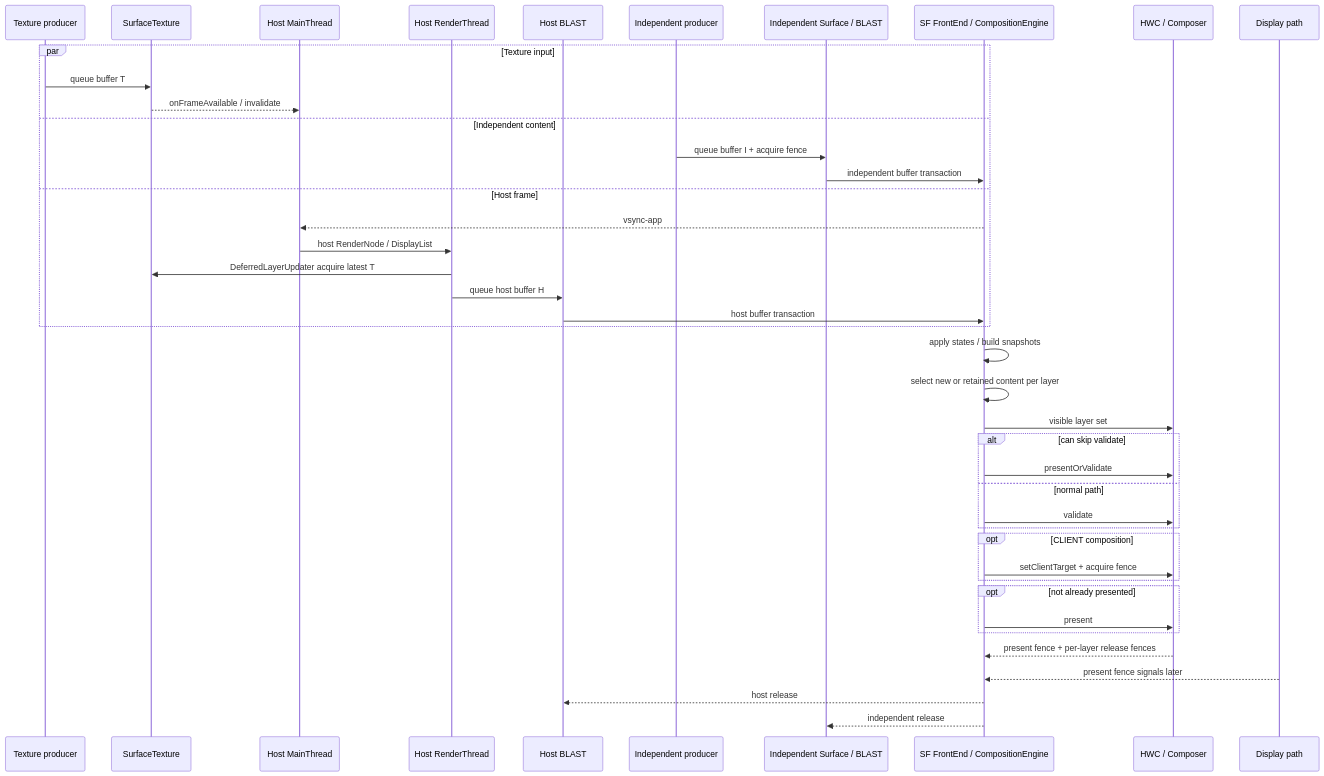
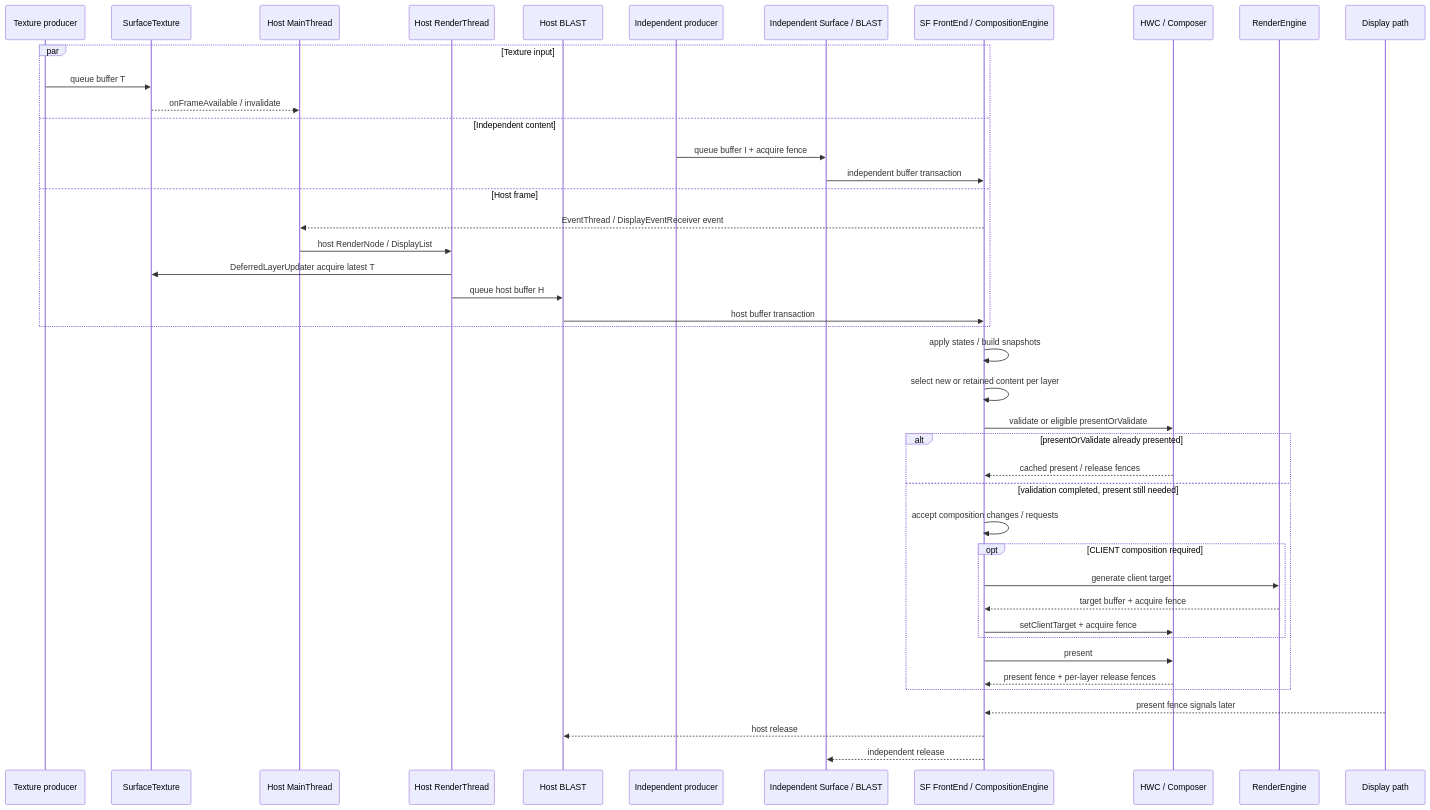
Before and after one commit to Gracker/android-internals-wiki: the fourth of 4 diagrams in src/part2-performance/ch13-rendering-pipelines/02-android-software-offscreen-mixed-rendering.md, drawn with Mermaid. The commit also changed other lines of this file and 196 other files, not shown here.

````diff
--- a/src/part2-performance/ch13-rendering-pipelines/02-android-software-offscreen-mixed-rendering.md
+++ b/src/part2-performance/ch13-rendering-pipelines/02-android-software-offscreen-mixed-rendering.md
@@ -878,46 +883,47 @@
 ```mermaid
 sequenceDiagram
     participant TP as Texture producer
     participant ST as SurfaceTexture
     participant UI as Host MainThread
     participant RT as Host RenderThread
     participant HB as Host BLAST
     participant IP as Independent producer
     participant IB as Independent Surface / BLAST
     participant SF as SF FrontEnd / CompositionEngine
     participant HWC as HWC / Composer
+    participant RE as RenderEngine
     participant DD as Display path
 
     par Texture input
         TP->>ST: queue buffer T
         ST-->>UI: onFrameAvailable / invalidate
     and Independent content
         IP->>IB: queue buffer I + acquire fence
         IB->>SF: independent buffer transaction
     and Host frame
-        SF-->>UI: vsync-app
+        SF-->>UI: EventThread / DisplayEventReceiver event
         UI->>RT: host RenderNode / DisplayList
         RT->>ST: DeferredLayerUpdater acquire latest T
         RT->>HB: queue host buffer H
         HB->>SF: host buffer transaction
     end
 
     SF->>SF: apply states / build snapshots
     SF->>SF: select new or retained content per layer
-    SF->>HWC: visible layer set
-    alt can skip validate
-        SF->>HWC: presentOrValidate
-    else normal path
-        SF->>HWC: validate
+    SF->>HWC: validate or eligible presentOrValidate
+    alt presentOrValidate already presented
+        HWC-->>SF: cached present / release fences
+    else validation completed, present still needed
+        SF->>SF: accept composition changes / requests
+        opt CLIENT composition required
+            SF->>RE: generate client target
+            RE-->>SF: target buffer + acquire fence
+            SF->>HWC: setClientTarget + acquire fence
+        end
+        SF->>HWC: present
+        HWC-->>SF: present fence + per-layer release fences
     end
-    opt CLIENT composition
-        SF->>HWC: setClientTarget + acquire fence
-    end
-    opt not already presented
-        SF->>HWC: present
-    end
-    HWC-->>SF: present fence + per-layer release fences
     DD-->>SF: present fence signals later
     SF-->>HB: host release
     SF-->>IB: independent release
 ```
````
